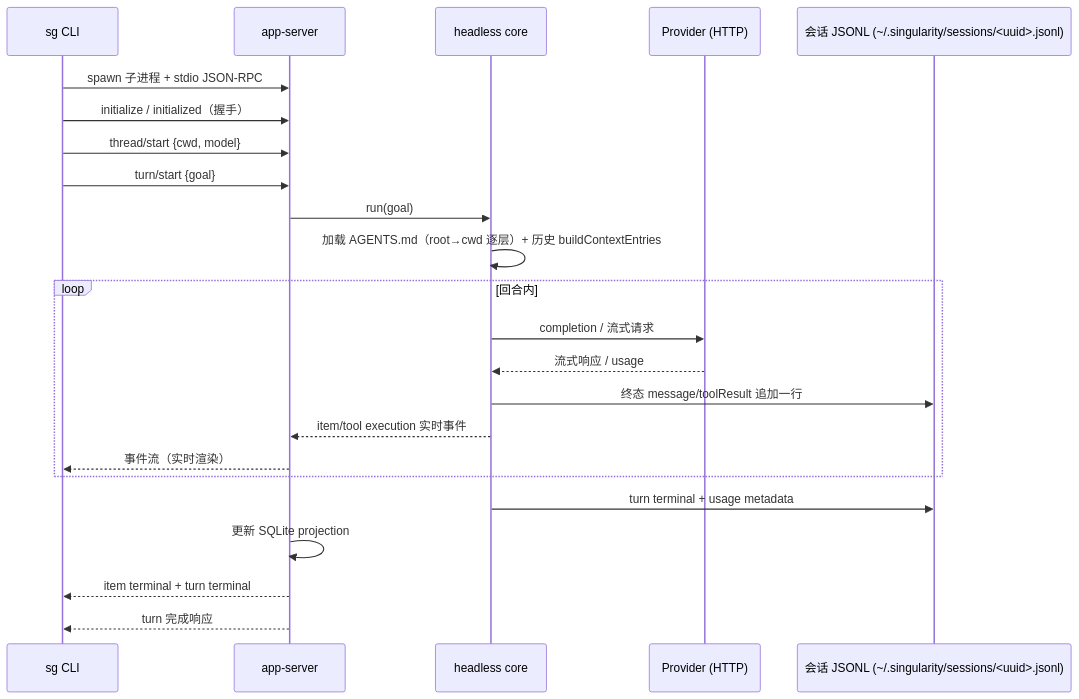
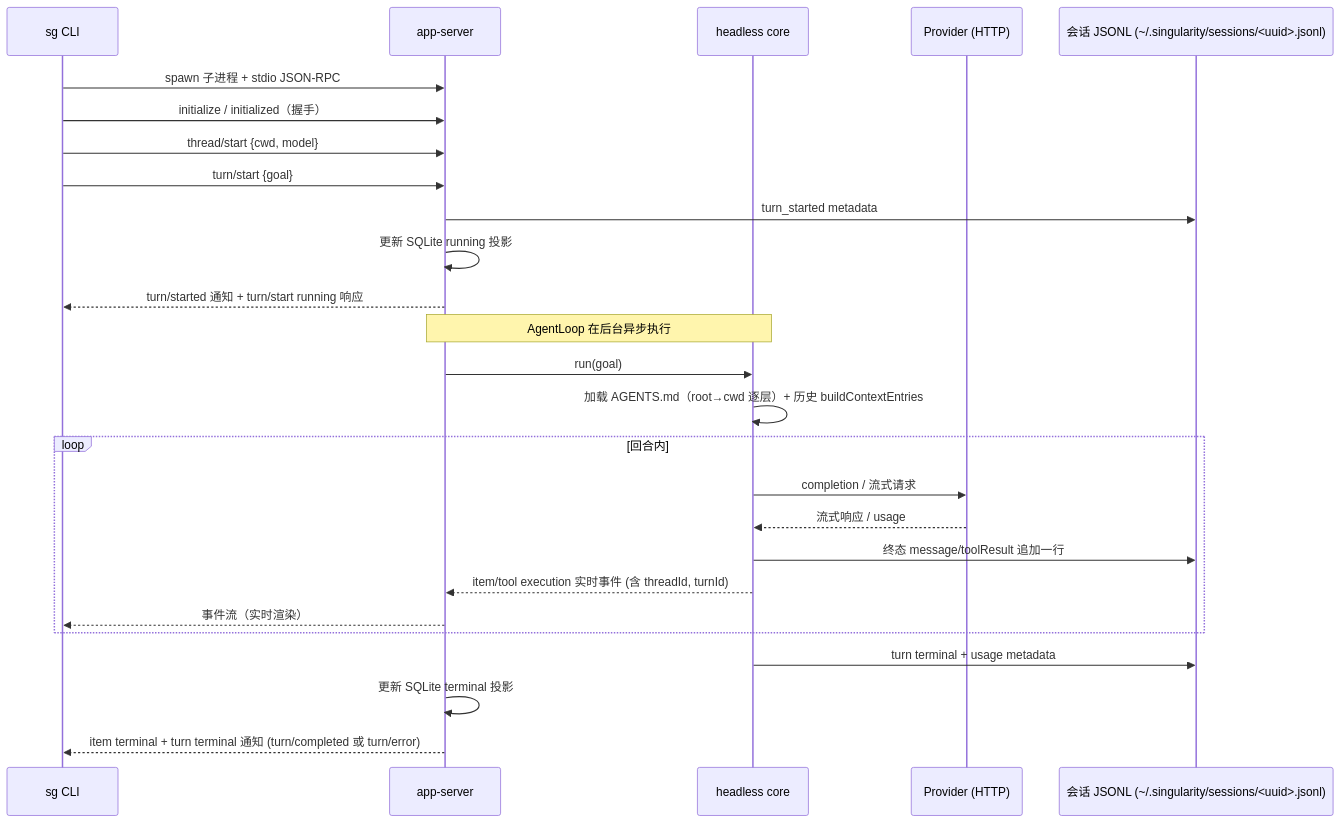
The second of 7 diagrams in docs/singularity.md (qjcnmd/singularity-agent), drawn with Mermaid before and after one commit. The commit also changed other lines of this file and 36 other files, not shown here.

````diff
--- a/docs/singularity.md
+++ b/docs/singularity.md
@@ -64,25 +64,28 @@
 ```mermaid
 sequenceDiagram
     participant CLI as sg CLI
     participant S as app-server
     participant C as headless core
     participant P as Provider (HTTP)
     participant F as 会话 JSONL (~/.singularity/sessions/<uuid>.jsonl)
     CLI->>S: spawn 子进程 + stdio JSON-RPC
     CLI->>S: initialize / initialized（握手）
     CLI->>S: thread/start {cwd, model}
     CLI->>S: turn/start {goal}
+    S->>F: turn_started metadata
+    S->>S: 更新 SQLite running 投影
+    S-->>CLI: turn/started 通知 + turn/start running 响应
+    Note over S,C: AgentLoop 在后台异步执行
     S->>C: run(goal)
     C->>C: 加载 AGENTS.md（root→cwd 逐层）+ 历史 buildContextEntries
     loop 回合内
         C->>P: completion / 流式请求
         P-->>C: 流式响应 / usage
         C->>F: 终态 message/toolResult 追加一行
-        C-->>S: item/tool execution 实时事件
+        C-->>S: item/tool execution 实时事件 (含 threadId, turnId)
         S-->>CLI: 事件流（实时渲染）
     end
     C->>F: turn terminal + usage metadata
-    S->>S: 更新 SQLite projection
-    S-->>CLI: item terminal + turn terminal
-    S-->>CLI: turn 完成响应
+    S->>S: 更新 SQLite terminal 投影
+    S-->>CLI: item terminal + turn terminal 通知 (turn/completed 或 turn/error)
 ```
````
